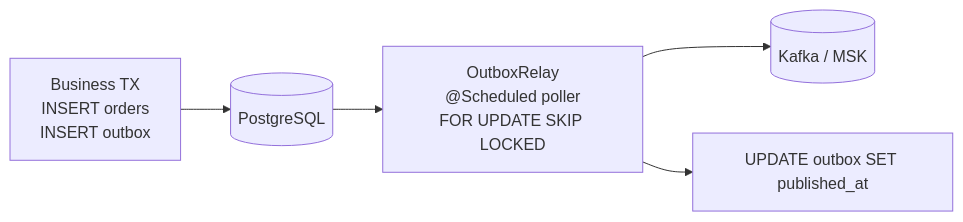
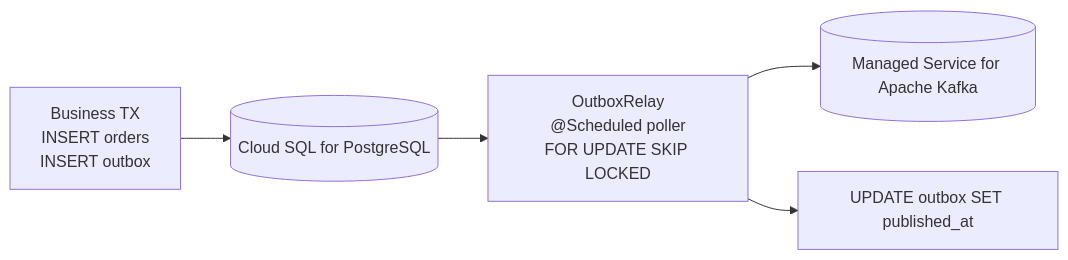
Before and after one commit to ahmedselimmansor-ctrl/ecomerce-microservices: the third of 5 diagrams in docs/01-architecture.md, drawn with Mermaid. The commit also changed other lines of this file and 85 other files, not shown here.

````diff
--- a/docs/01-architecture.md
+++ b/docs/01-architecture.md
@@ -217,7 +225,7 @@
 ```mermaid
 flowchart LR
-    A["Business TX<br/>INSERT orders<br/>INSERT outbox"] --> DB[("PostgreSQL")]
+    A["Business TX<br/>INSERT orders<br/>INSERT outbox"] --> DB[("Cloud SQL for PostgreSQL")]
     DB --> R["OutboxRelay<br/>@Scheduled poller<br/>FOR UPDATE SKIP LOCKED"]
-    R --> K[("Kafka / MSK")]
+    R --> K[("Managed Service for Apache Kafka")]
     R --> DB2["UPDATE outbox SET published_at"]
 ```
````
